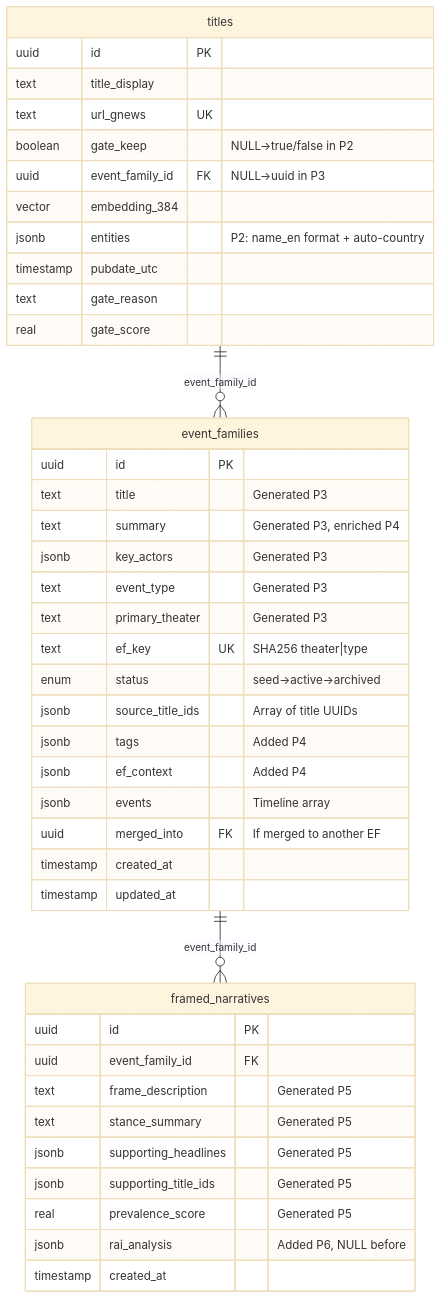
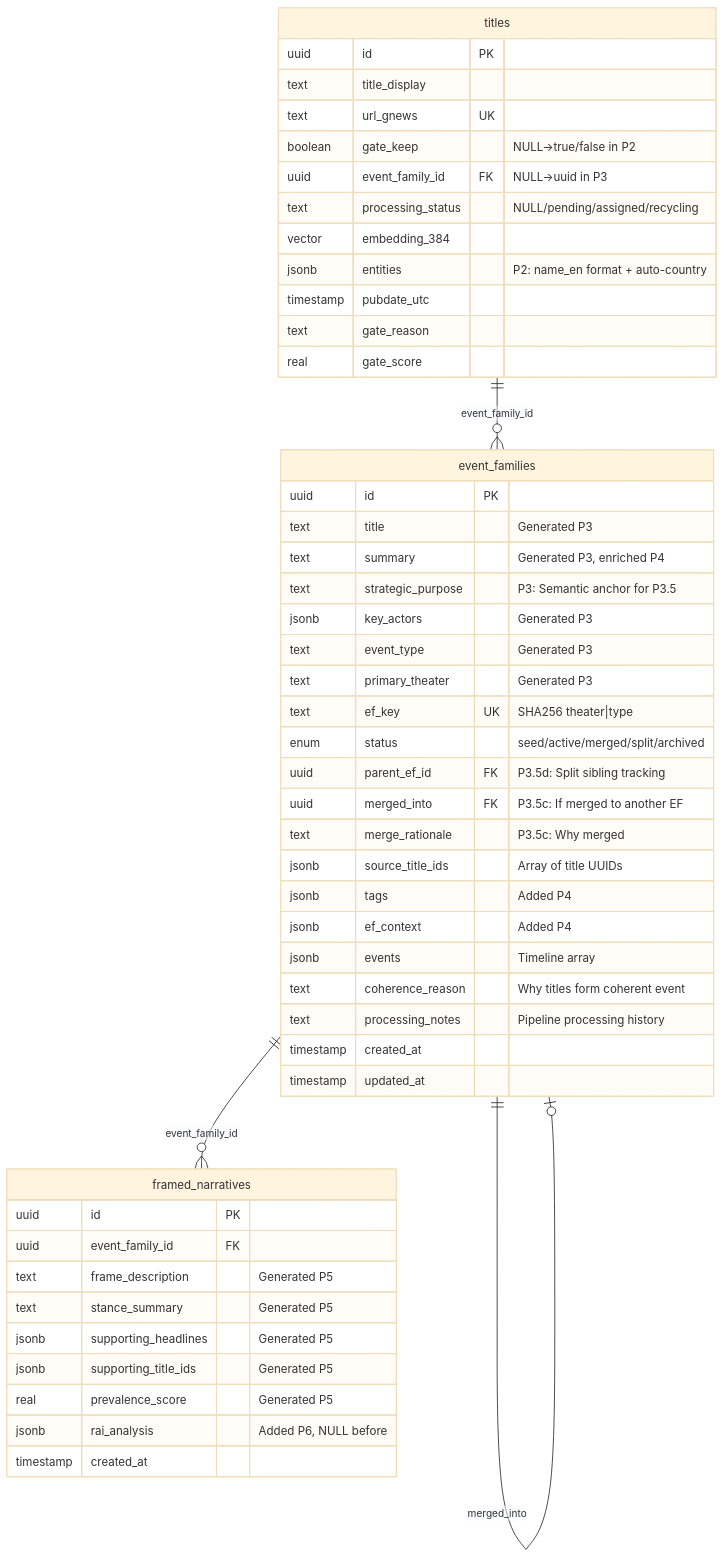
The fourth of 5 diagrams in docs/PIPELINE_DIAGRAM.md (design4music/sni-platform), drawn with Mermaid (base theme) before and after one commit. The commit also changed other lines of this file and 5 other files, not shown here.

````diff
--- a/docs/PIPELINE_DIAGRAM.md
+++ b/docs/PIPELINE_DIAGRAM.md
@@ -226,48 +296,56 @@
 ```mermaid
 erDiagram
     titles ||--o{ event_families : "event_family_id"
     event_families ||--o{ framed_narratives : "event_family_id"
+    event_families ||--o| event_families : "parent_ef_id"
+    event_families ||--o| event_families : "merged_into"
 
     titles {
         uuid id PK
         text title_display
         text url_gnews UK
         boolean gate_keep "NULL→true/false in P2"
         uuid event_family_id FK "NULL→uuid in P3"
+        text processing_status "NULL/pending/assigned/recycling"
         vector embedding_384
         jsonb entities "P2: name_en format + auto-country"
         timestamp pubdate_utc
         text gate_reason
         real gate_score
     }
 
     event_families {
         uuid id PK
         text title "Generated P3"
         text summary "Generated P3, enriched P4"
+        text strategic_purpose "P3: Semantic anchor for P3.5"
         jsonb key_actors "Generated P3"
         text event_type "Generated P3"
         text primary_theater "Generated P3"
         text ef_key UK "SHA256 theater|type"
-        enum status "seed→active→archived"
+        enum status "seed/active/merged/split/archived"
+        uuid parent_ef_id FK "P3.5d: Split sibling tracking"
+        uuid merged_into FK "P3.5c: If merged to another EF"
+        text merge_rationale "P3.5c: Why merged"
         jsonb source_title_ids "Array of title UUIDs"
         jsonb tags "Added P4"
         jsonb ef_context "Added P4"
         jsonb events "Timeline array"
-        uuid merged_into FK "If merged to another EF"
+        text coherence_reason "Why titles form coherent event"
+        text processing_notes "Pipeline processing history"
         timestamp created_at
         timestamp updated_at
     }
 
     framed_narratives {
         uuid id PK
         uuid event_family_id FK
         text frame_description "Generated P5"
         text stance_summary "Generated P5"
         jsonb supporting_headlines "Generated P5"
         jsonb supporting_title_ids "Generated P5"
         real prevalence_score "Generated P5"
         jsonb rai_analysis "Added P6, NULL before"
         timestamp created_at
     }
 ```
````
